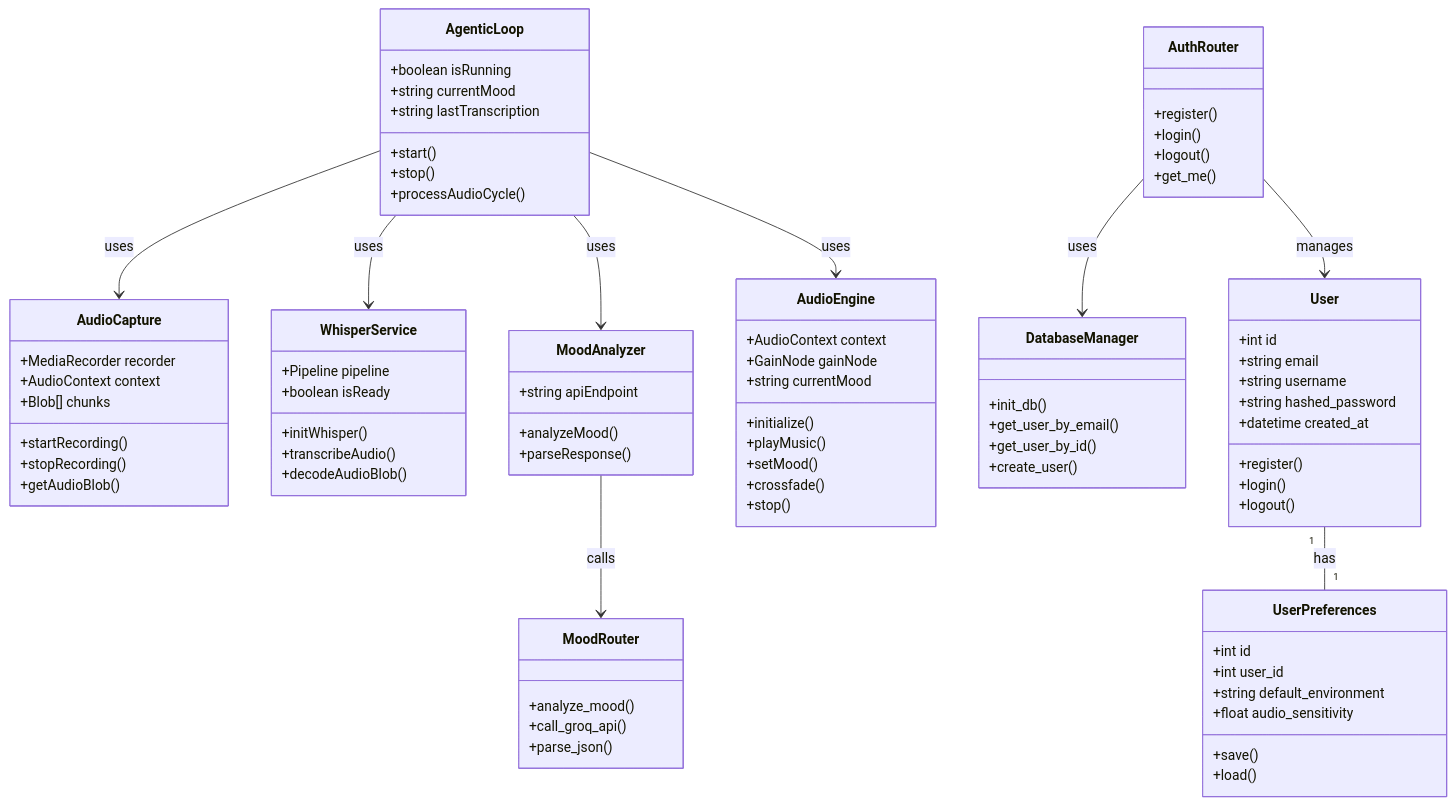
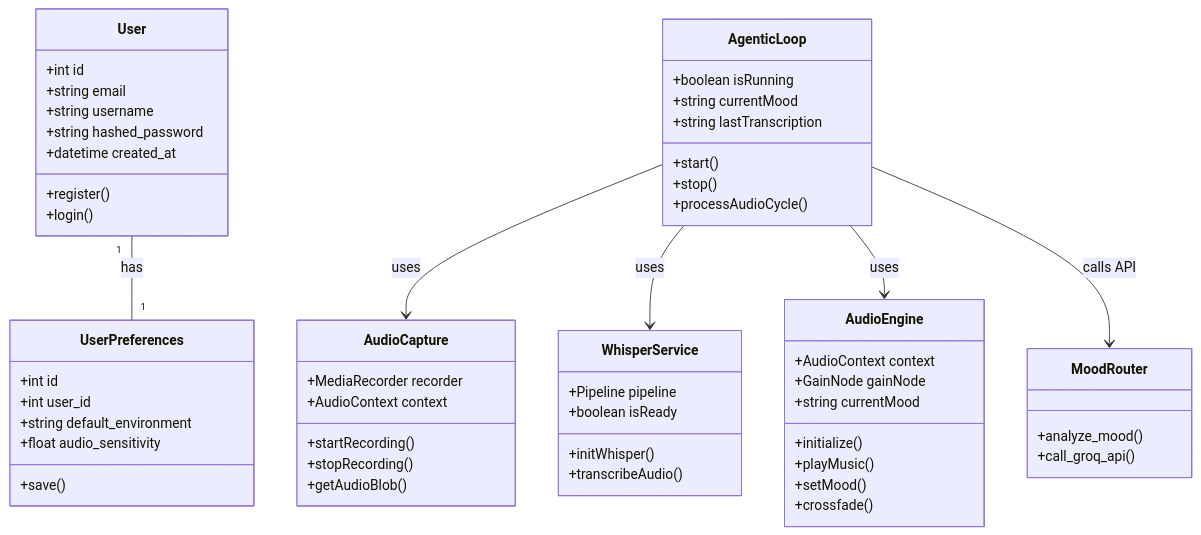
The ninth of 15 diagrams in Кваліфікаційна_робота_магістра.md (Djungarik/MastersDiploma), drawn with Mermaid before and after one commit. The commit also changed other lines of this file and 125 other files, not shown here.

First line of the commit message:
Thesis review fixes: sequential audio transitions, tests, experiments, diagrams

````diff
--- a/Кваліфікаційна_робота_магістра.md
+++ b/Кваліфікаційна_робота_магістра.md
@@ -1008,7 +892,6 @@
         +datetime created_at
         +register()
         +login()
-        +logout()
     }
 
     class UserPreferences {
@@ -1017,7 +900,6 @@
         +string default_environment
         +float audio_sensitivity
         +save()
-        +load()
     }
 
     class AgenticLoop {
@@ -1032,7 +914,6 @@
     class AudioCapture {
         +MediaRecorder recorder
         +AudioContext context
-        +Blob[] chunks
         +startRecording()
         +stopRecording()
         +getAudioBlob()
@@ -1043,13 +924,6 @@
         +boolean isReady
         +initWhisper()
         +transcribeAudio()
-        +decodeAudioBlob()
-    }
-
-    class MoodAnalyzer {
-        +string apiEndpoint
-        +analyzeMood()
-        +parseResponse()
     }
 
     class AudioEngine {
@@ -1060,35 +934,16 @@
         +playMusic()
         +setMood()
         +crossfade()
-        +stop()
     }
 
     class MoodRouter {
         +analyze_mood()
         +call_groq_api()
-        +parse_json()
-    }
-
-    class AuthRouter {
-        +register()
-        +login()
-        +logout()
-        +get_me()
-    }
-
-    class DatabaseManager {
-        +init_db()
-        +get_user_by_email()
-        +get_user_by_id()
-        +create_user()
     }
 
     User "1" -- "1" UserPreferences : has
     AgenticLoop --> AudioCapture : uses
     AgenticLoop --> WhisperService : uses
-    AgenticLoop --> MoodAnalyzer : uses
     AgenticLoop --> AudioEngine : uses
-    MoodAnalyzer --> MoodRouter : calls
-    AuthRouter --> DatabaseManager : uses
-    AuthRouter --> User : manages
+    AgenticLoop --> MoodRouter : calls API
 ```
````
